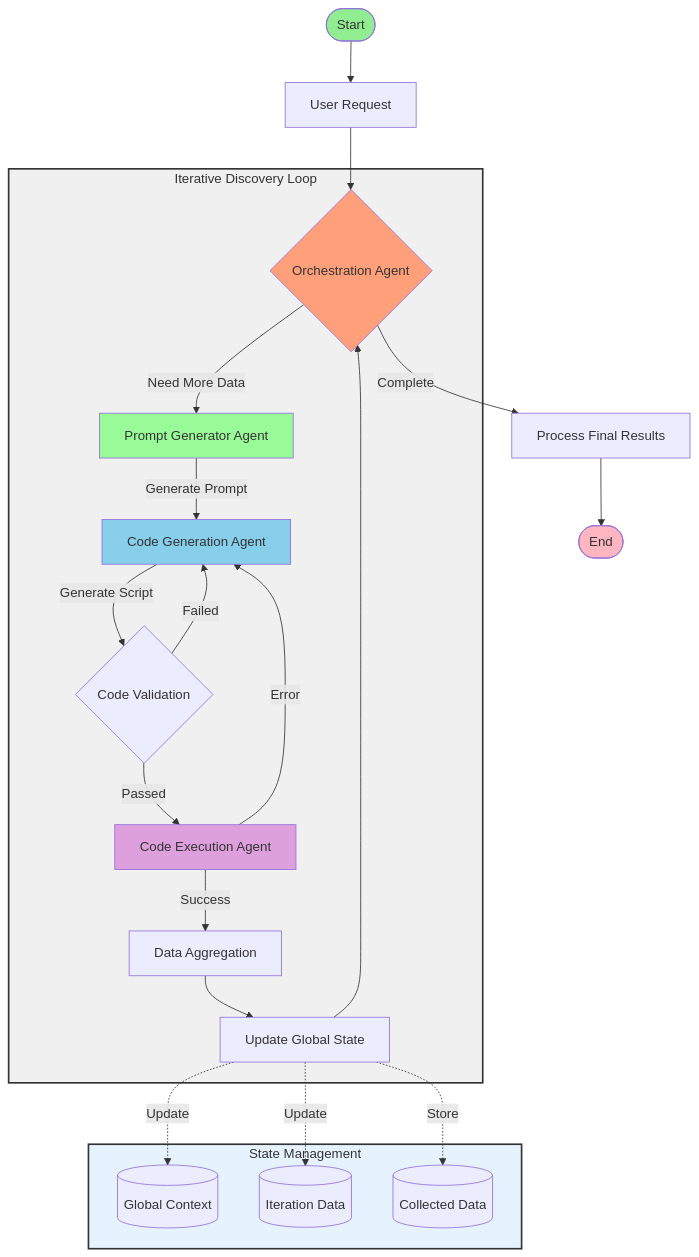
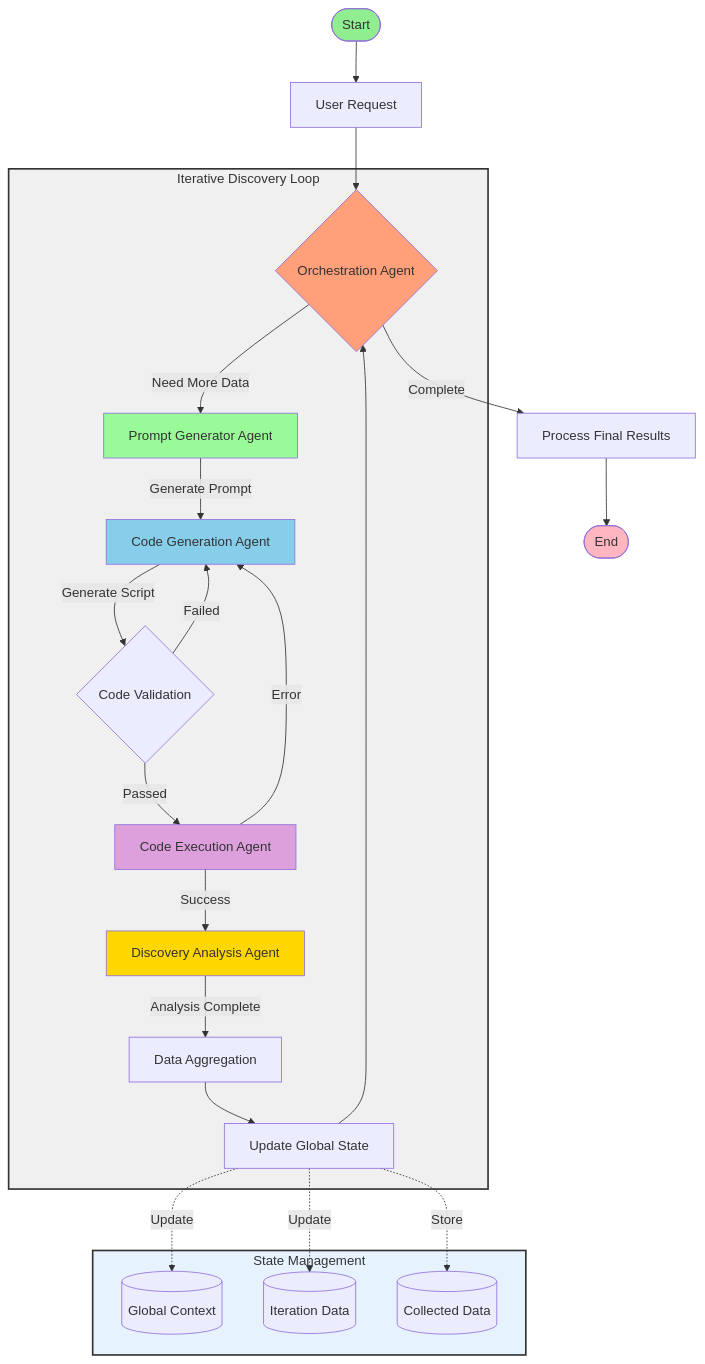
One commit to alexei-led/cloud-inspector changed the diagram in plan/project_definition.md. Above: the diagram before and after it, drawn with Mermaid. The commit also changed other lines of this file and 5 other files, not shown here.

First line of the commit message:
feat: Define initial project architecture for cloud inspection system

````diff
--- a/plan/project_definition.md
+++ b/plan/project_definition.md
@@ -203,39 +229,41 @@
 ```mermaid
 graph TD
     Start([Start]) --> UserRequest[User Request]
     UserRequest --> Orchestrator{Orchestration Agent}
     
     subgraph IterativeLoop[Iterative Discovery Loop]
         Orchestrator -->|Need More Data| PromptGen[Prompt Generator Agent]
         PromptGen -->|Generate Prompt| CodeGen[Code Generation Agent]
         CodeGen -->|Generate Script| Validation{Code Validation}
         Validation -->|Failed| CodeGen
         Validation -->|Passed| Executor[Code Execution Agent]
         Executor -->|Error| CodeGen
-        Executor -->|Success| DataAggregation[Data Aggregation]
+        Executor -->|Success| Discovery[Discovery Analysis Agent]
+        Discovery -->|Analysis Complete| DataAggregation[Data Aggregation]
         DataAggregation --> StateUpdate[Update Global State]
         StateUpdate --> Orchestrator
     end
     
     Orchestrator -->|Complete| ResultsProcessing[Process Final Results]
     ResultsProcessing --> End([End])
     
     subgraph States[State Management]
         GlobalContext[(Global Context)]
         IterationData[(Iteration Data)]
         CollectedData[(Collected Data)]
     end
     
     StateUpdate -.->|Update| GlobalContext
     StateUpdate -.->|Update| IterationData
     StateUpdate -.->|Store| CollectedData
     
     style Start fill:#90EE90
     style End fill:#FFB6C1
     style IterativeLoop fill:#f0f0f0,stroke:#333,stroke-width:2px
     style States fill:#e6f3ff,stroke:#333,stroke-width:2px
     style Orchestrator fill:#FFA07A
     style PromptGen fill:#98FB98
     style CodeGen fill:#87CEEB
     style Executor fill:#DDA0DD
+    style Discovery fill:#FFD700
 ```
````
